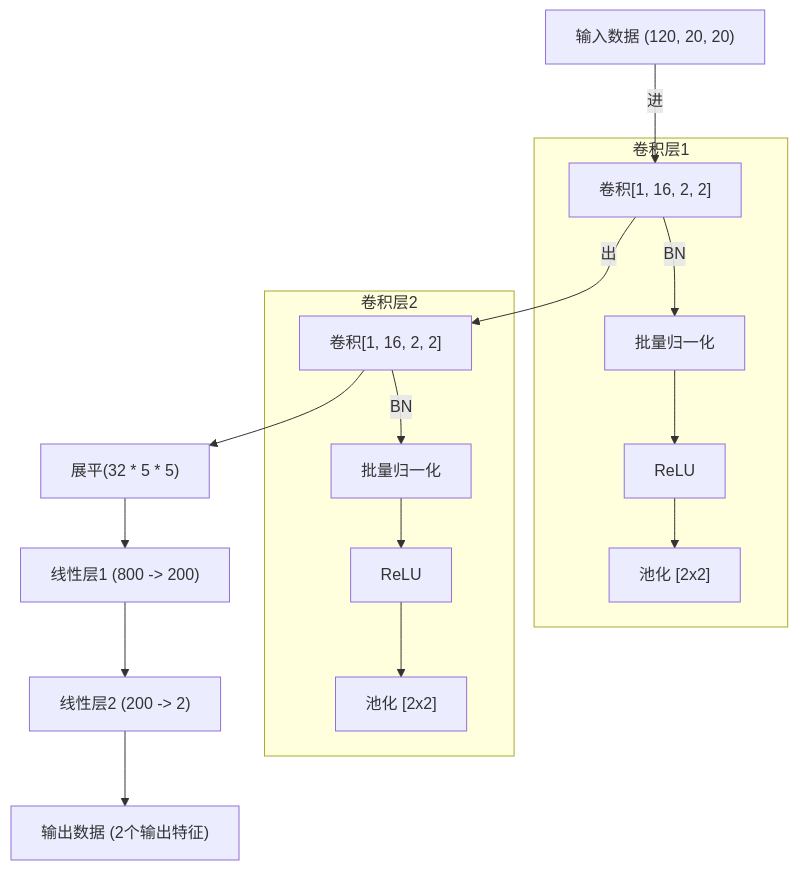
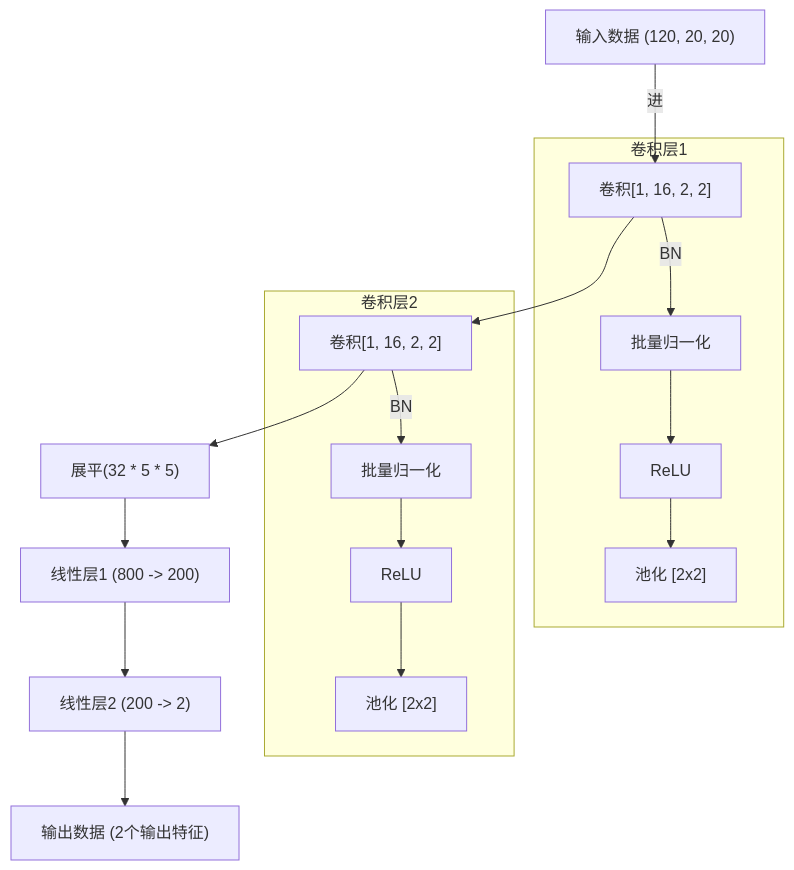
The diagram in all/注意力.md (xbduong/iodraw-files), drawn with Mermaid before and after one commit.

Commit message:
2024-05-23 22:25:31 update

````diff
--- a/all/注意力.md
+++ b/all/注意力.md
@@ -1,23 +1,23 @@
 ```mermaid
 flowchart TD
     A["输入数据 (120, 20, 20)"]
     A -->|进| B["卷积层1 [1, 16, 2, 2]"]
-    B -->|出| C{"卷积层2 [16, 32, 2, 2] -> 展平"}
+    B -->C{"卷积层2 [16, 32, 2, 2] -> 展平"}
     C -->C4["展平(32 * 5 * 5)"]
     C4["展平(32 * 5 * 5)"] --> D["线性层1 (800 -> 200)"]
     D --> E["线性层2 (200 -> 2)"]
     E --> F["输出数据 (2个输出特征)"]
 
     subgraph "卷积层1"
     B["卷积[1, 16, 2, 2]"] -->|BN| B1["批量归一化"]
     B1 --> B2["ReLU"]
     B2 --> B3["池化 [2x2]"]
     end
 
     subgraph "卷积层2"
     C["卷积[1, 16, 2, 2]"] -->|BN| C1["批量归一化"]
     C1 --> C2["ReLU"]
     C2 --> C3["池化 [2x2]"]
     end
   
 ```
````
